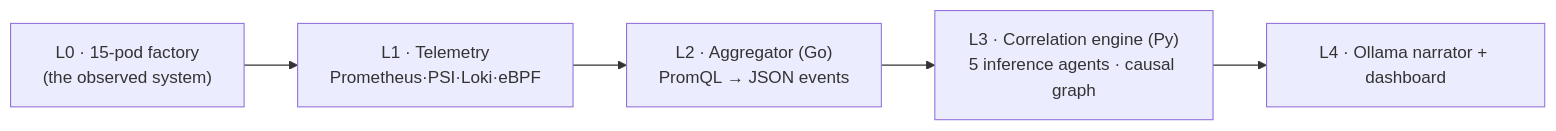
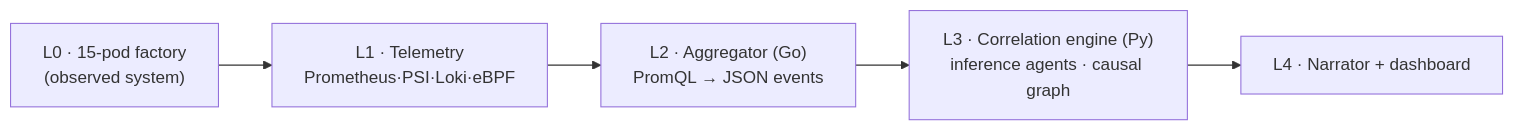
Before and after one commit to GreaseMonkeyIT/ABB_Accelerator_Proto: the diagram in README.md, drawn with Mermaid. The commit also changed other lines of this file, not shown here.

````diff
--- a/README.md
+++ b/README.md
@@ -78,9 +79,9 @@
 ```mermaid
 flowchart LR
-  L0["L0 · 15-pod factory<br/>(the observed system)"]
+  L0["L0 · 15-pod factory<br/>(observed system)"]
   L1["L1 · Telemetry<br/>Prometheus·PSI·Loki·eBPF"]
   L2["L2 · Aggregator (Go)<br/>PromQL → JSON events"]
-  L3["L3 · Correlation engine (Py)<br/>5 inference agents · causal graph"]
-  L4["L4 · Ollama narrator + dashboard"]
+  L3["L3 · Correlation engine (Py)<br/>inference agents · causal graph"]
+  L4["L4 · Narrator + dashboard"]
   L0 --> L1 --> L2 --> L3 --> L4
 ```
````
